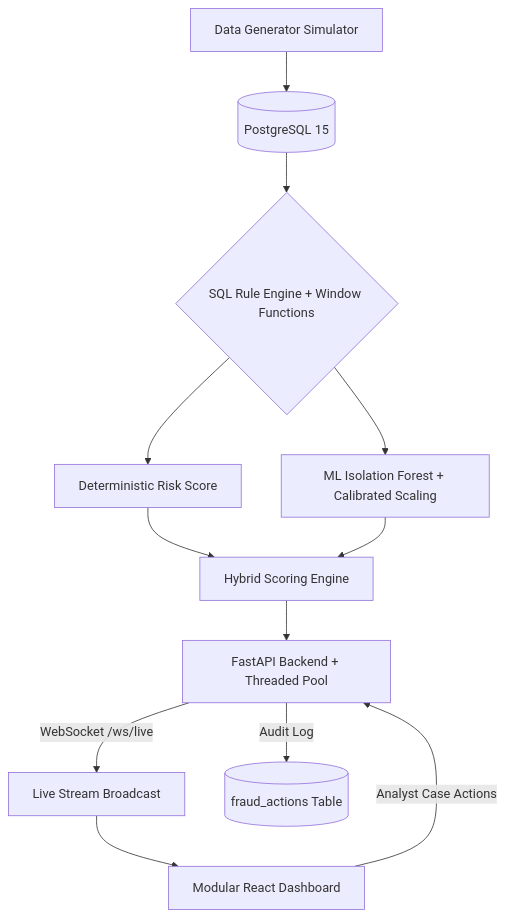
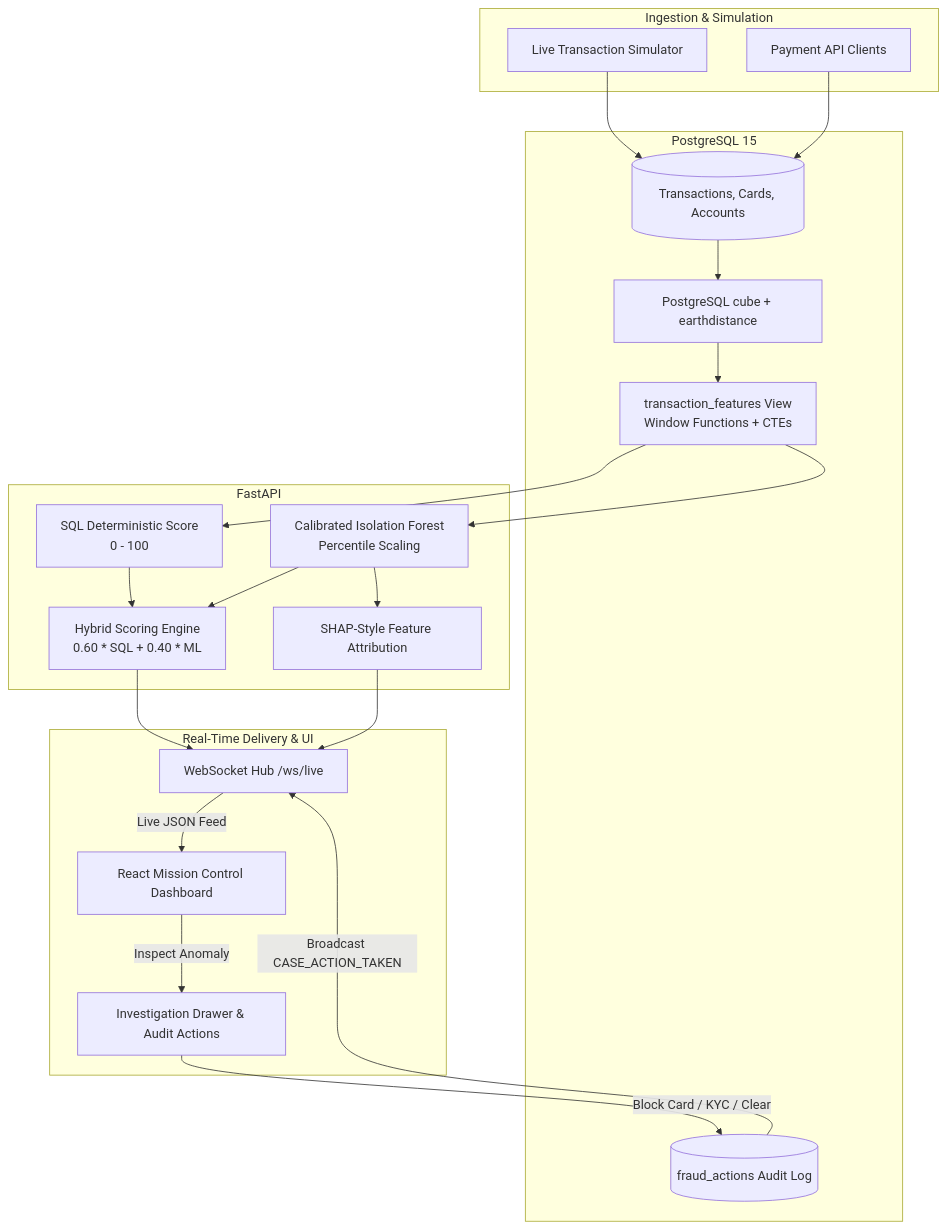
Before and after one commit to shaik-hasan-AS/Hybrid-Fraud-Detection-Engine: the first of 2 diagrams in README.md, drawn with Mermaid. The commit also changed other lines of this file, not shown here.

Commit message:
docs: comprehensive update to README with rule tables, ML calibration, and architecture

````diff
--- a/README.md
+++ b/README.md
@@ -35,14 +44,40 @@
 ```mermaid
-graph TD
-    A[Data Generator Simulator] --> B[(PostgreSQL 15)]
-    B --> C{SQL Rule Engine + Window Functions}
-    C --> D[Deterministic Risk Score]
-    C --> E[ML Isolation Forest + Calibrated Scaling]
-    D --> F[Hybrid Scoring Engine]
-    E --> F
-    F --> G[FastAPI Backend + Threaded Pool]
-    G -->|WebSocket /ws/live| H[Live Stream Broadcast]
-    H --> I[Modular React Dashboard]
-    I -->|Analyst Case Actions| G
-    G -->|Audit Log| J[(fraud_actions Table)]
+flowchart TD
+    subgraph Ingestion & Simulation
+        SIM[Live Transaction Simulator]
+        CLIENT[Payment API Clients]
+    end
+
+    subgraph Data & Feature Layer [PostgreSQL 15]
+        DB[(Transactions, Cards, Accounts)]
+        CUBE[PostgreSQL cube + earthdistance]
+        VIEW[transaction_features View\nWindow Functions + CTEs]
+        AUDIT[(fraud_actions Audit Log)]
+    end
+
+    subgraph Scoring Pipeline [FastAPI]
+        SQL_SCORE[SQL Deterministic Score\n0 - 100]
+        ML_MODEL[Calibrated Isolation Forest\nPercentile Scaling]
+        HYBRID[Hybrid Scoring Engine\n0.60 * SQL + 0.40 * ML]
+        SHAP[SHAP-Style Feature Attribution]
+    end
+
+    subgraph Real-Time Delivery & UI
+        WS[WebSocket Hub /ws/live]
+        DASH[React Mission Control Dashboard]
+        DRAWER[Investigation Drawer & Audit Actions]
+    end
+
+    SIM --> DB
+    CLIENT --> DB
+    DB --> CUBE --> VIEW
+    VIEW --> SQL_SCORE --> HYBRID
+    VIEW --> ML_MODEL --> HYBRID
+    ML_MODEL --> SHAP
+    HYBRID --> WS
+    SHAP --> WS
+    WS -->|Live JSON Feed| DASH
+    DASH -->|Inspect Anomaly| DRAWER
+    DRAWER -->|Block Card / KYC / Clear| AUDIT
+    AUDIT -->|Broadcast CASE_ACTION_TAKEN| WS
 ```
````
